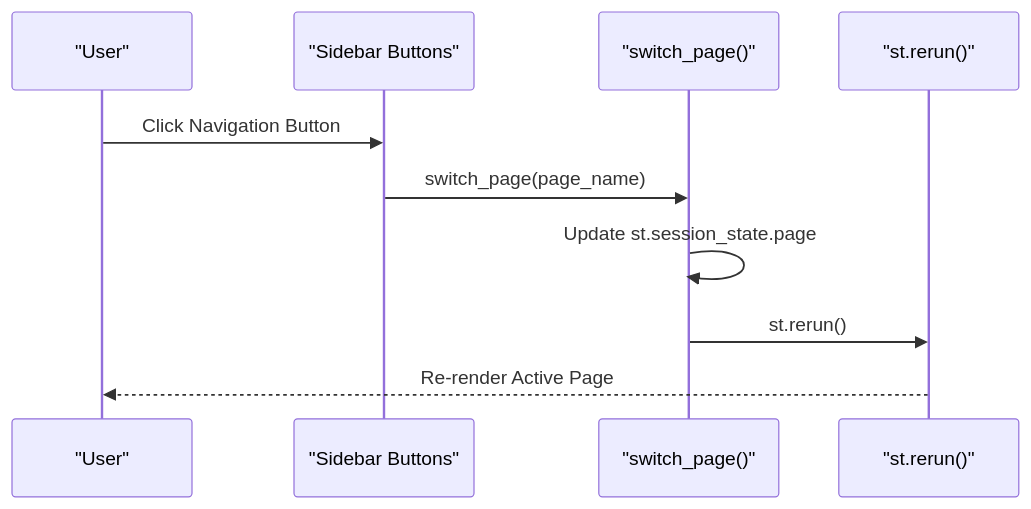
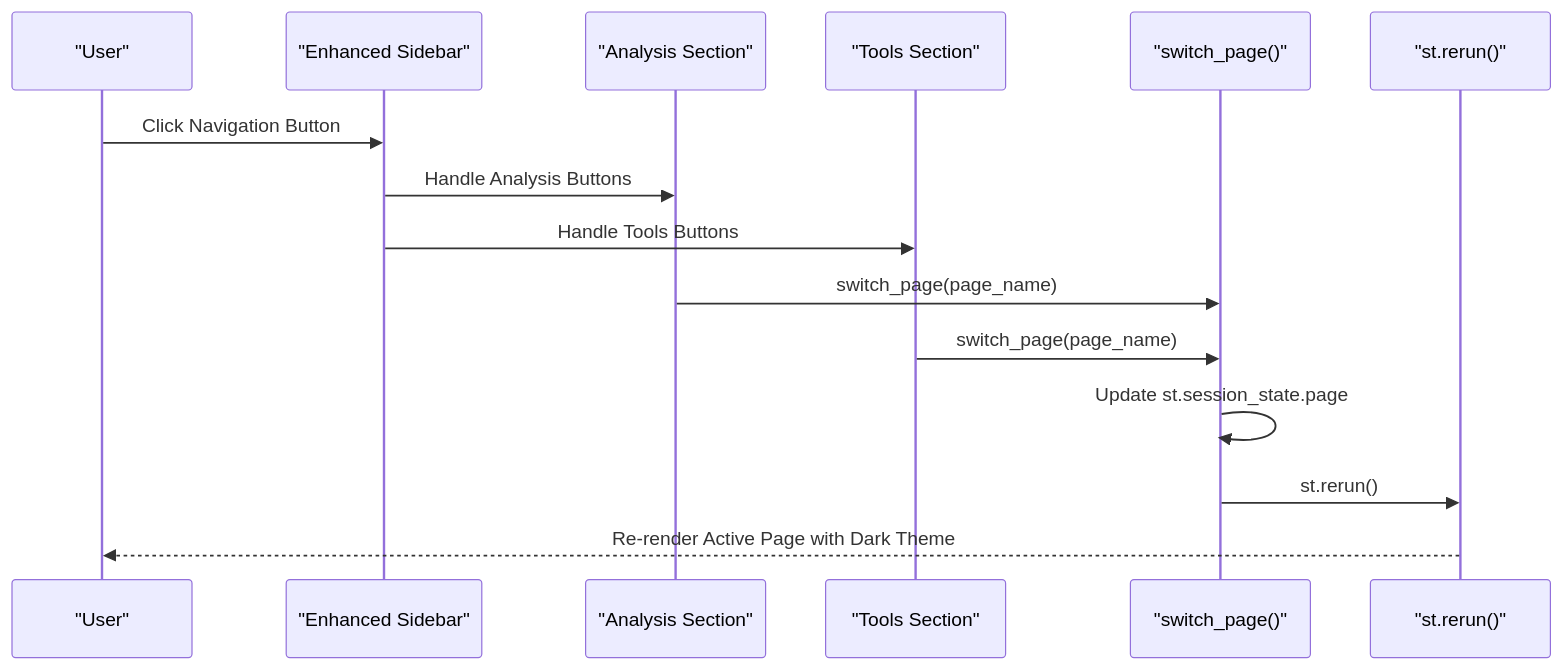
The fourth of 12 diagrams in .qoder/repowiki/en/content/Core Components/Application Controller.md (Johnny22056/SwimingStatus), drawn with Mermaid before and after one commit. The commit also changed other lines of this file and 5 other files, not shown here.

First line of the commit message:
feat: chart/PB UI polish, Gap to NM column, meet course override

````diff
--- a/.qoder/repowiki/en/content/Core Components/Application Controller.md
+++ b/.qoder/repowiki/en/content/Core Components/Application Controller.md
@@ -209,12 +209,17 @@
 ```mermaid
 sequenceDiagram
 participant User as "User"
-participant Sidebar as "Sidebar Buttons"
+participant Sidebar as "Enhanced Sidebar"
+participant AnalysisSection as "Analysis Section"
+participant ToolsSection as "Tools Section"
 participant Controller as "switch_page()"
 participant Streamlit as "st.rerun()"
 User->>Sidebar : Click Navigation Button
-Sidebar->>Controller : switch_page(page_name)
+Sidebar->>AnalysisSection : Handle Analysis Buttons
+Sidebar->>ToolsSection : Handle Tools Buttons
+AnalysisSection->>Controller : switch_page(page_name)
+ToolsSection->>Controller : switch_page(page_name)
 Controller->>Controller : Update st.session_state.page
 Controller->>Streamlit : st.rerun()
-Streamlit-->>User : Re-render Active Page
+Streamlit-->>User : Re-render Active Page with Dark Theme
 ```
````
